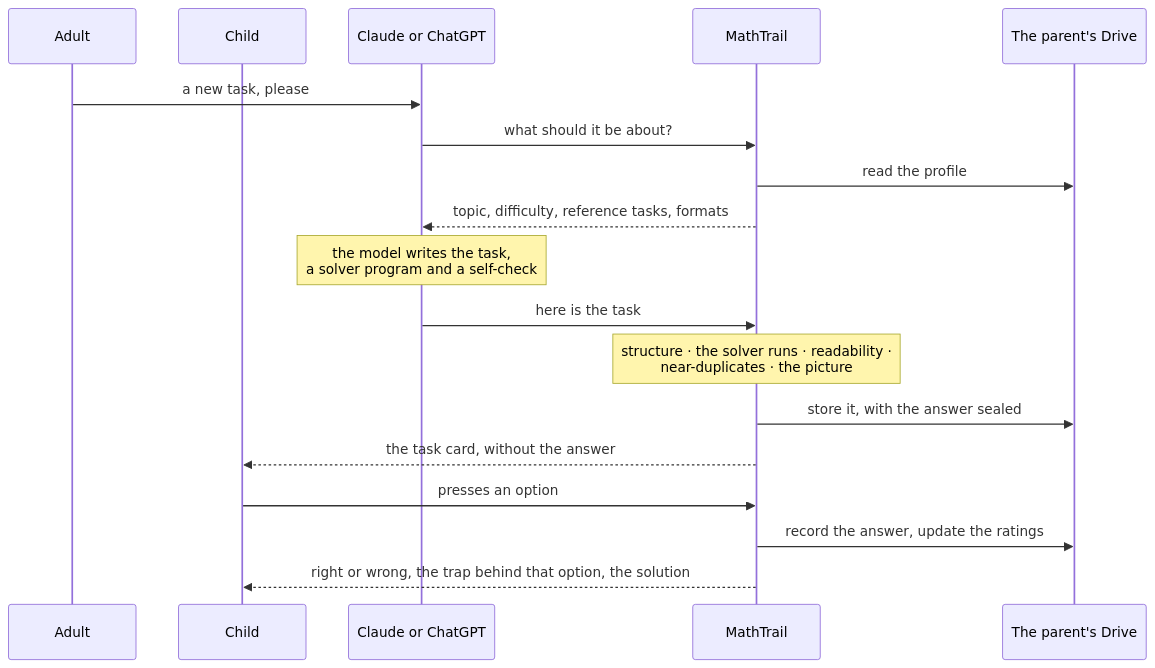
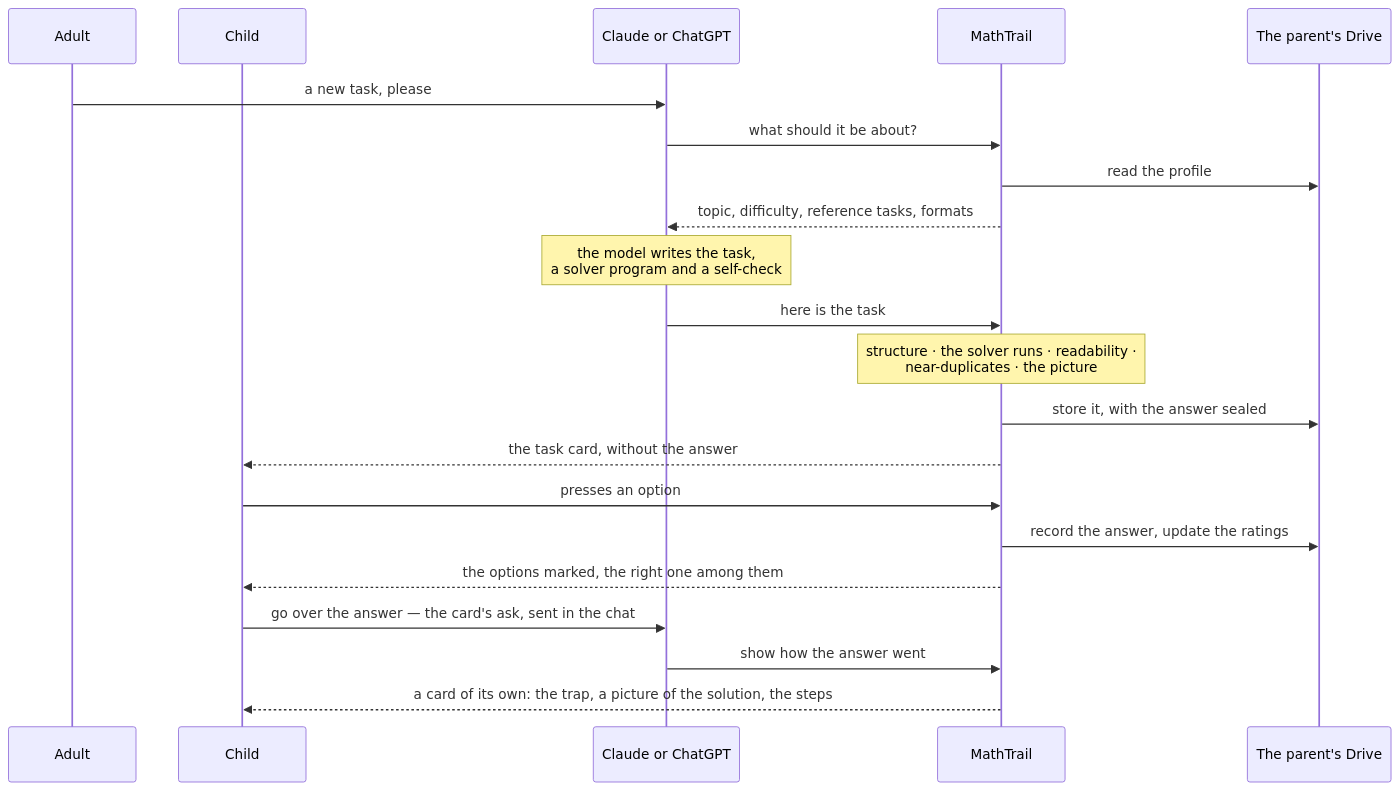
The diagram in README.md (MathTrail/mathtrail-standalone), drawn with Mermaid before and after one commit. The commit also changed other lines of this file and 318 other files, not shown here.

````diff
--- a/README.md
+++ b/README.md
@@ -96,21 +96,24 @@
 ```mermaid
 sequenceDiagram
     participant A as Adult
     participant C as Child
     participant M as Claude or ChatGPT
     participant T as MathTrail
     participant D as The parent's Drive
 
     A->>M: a new task, please
     M->>T: what should it be about?
     T->>D: read the profile
     T-->>M: topic, difficulty, reference tasks, formats
     Note over M: the model writes the task,<br/>a solver program and a self-check
     M->>T: here is the task
     Note over T: structure · the solver runs · readability ·<br/>near-duplicates · the picture
     T->>D: store it, with the answer sealed
     T-->>C: the task card, without the answer
     C->>T: presses an option
     T->>D: record the answer, update the ratings
-    T-->>C: right or wrong, the trap behind that option, the solution
+    T-->>C: the options marked, the right one among them
+    C->>M: go over the answer — the card's ask, sent in the chat
+    M->>T: show how the answer went
+    T-->>C: a card of its own: the trap, a picture of the solution, the steps
 ```
````
